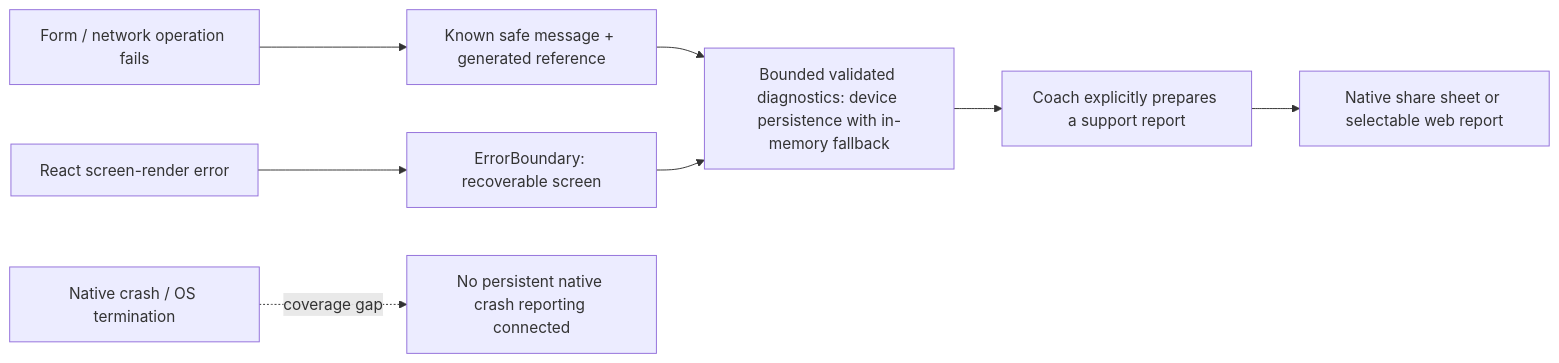
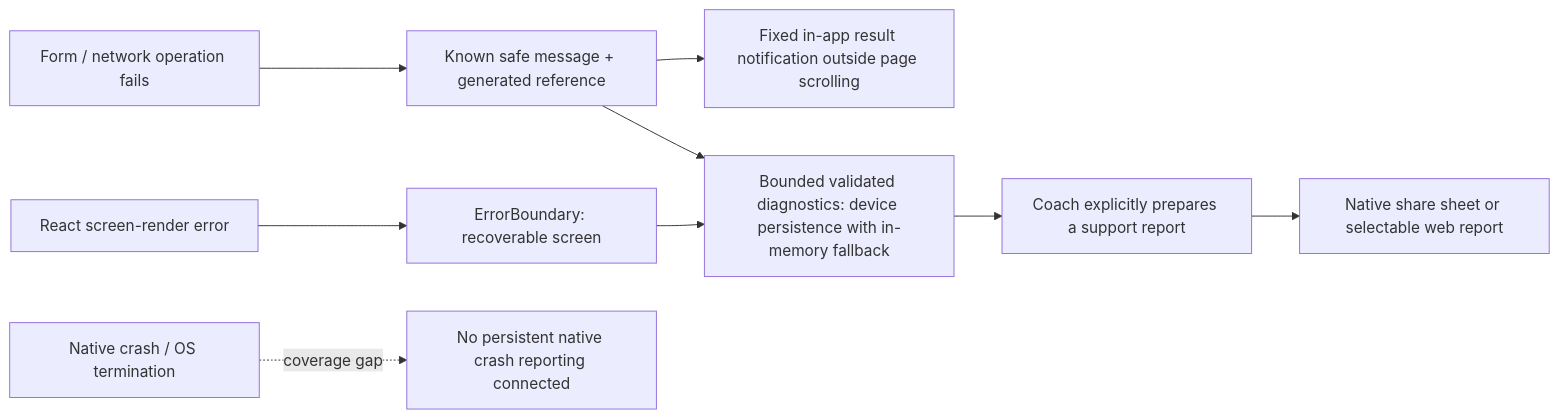
One commit to appsworld2027/Parent-plus- changed the seventh of 8 diagrams in docs/ARCHITECTURE.md. Above: the diagram before and after it, drawn with Mermaid. The commit also changed other lines of this file and 21 other files, not shown here.

Commit message:
Keep action success and failure notifications visible outside page scrolling

````diff
--- a/docs/ARCHITECTURE.md
+++ b/docs/ARCHITECTURE.md
@@ -205,10 +205,11 @@
 ```mermaid
 flowchart LR
     Action["Form / network operation fails"] --> Safe["Known safe message + generated reference"]
+    Safe --> Visible["Fixed in-app result notification outside page scrolling"]
     Safe --> Buffer["Bounded validated diagnostics: device persistence with in-memory fallback"]
     Buffer --> Inspect["Coach explicitly prepares a support report"]
     Inspect --> Share["Native share sheet or selectable web report"]
     Render["React screen-render error"] --> Boundary["ErrorBoundary: recoverable screen"]
     Boundary --> Buffer
     Native["Native crash / OS termination"] -. "coverage gap" .-> Missing["No persistent native crash reporting connected"]
 ```
````
